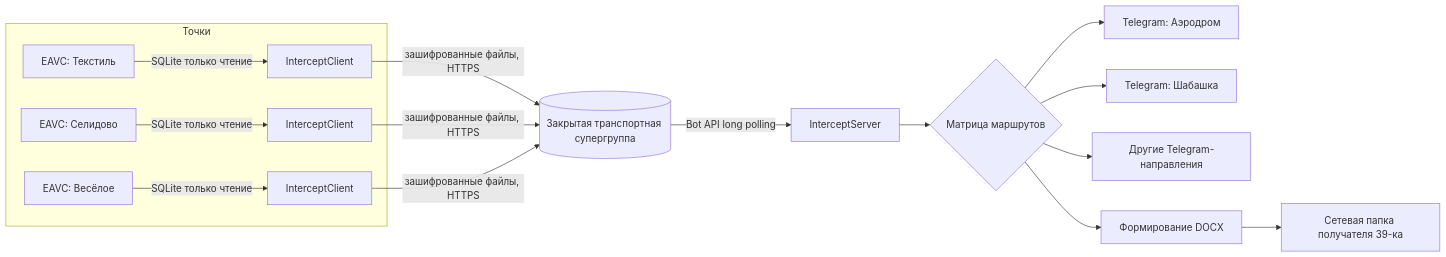
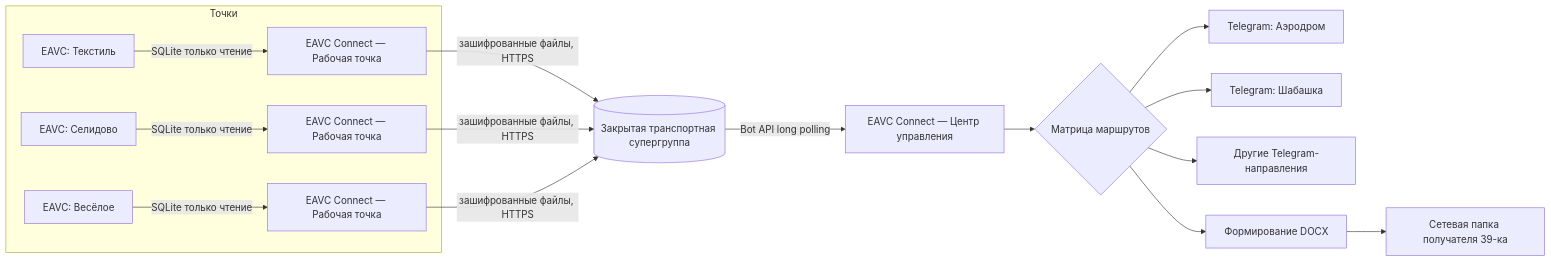
One commit to DmitryFPS/intercept-go changed the diagram in docs/02-architecture.md. Above: the diagram before and after it, drawn with Mermaid. The commit also changed other lines of this file and 24 other files, not shown here.

Commit message:
Переименовать систему в EAVC Connect и обновить интерфейс

````diff
--- a/docs/02-architecture.md
+++ b/docs/02-architecture.md
@@ -5,17 +5,17 @@
 ```mermaid
 flowchart LR
   subgraph Points[Точки]
-    E1[EAVC: Текстиль] -->|SQLite только чтение| C1[InterceptClient]
-    E2[EAVC: Селидово] -->|SQLite только чтение| C2[InterceptClient]
-    E3[EAVC: Весёлое] -->|SQLite только чтение| C3[InterceptClient]
+    E1[EAVC: Текстиль] -->|SQLite только чтение| C1[EAVC Connect — Рабочая точка]
+    E2[EAVC: Селидово] -->|SQLite только чтение| C2[EAVC Connect — Рабочая точка]
+    E3[EAVC: Весёлое] -->|SQLite только чтение| C3[EAVC Connect — Рабочая точка]
   end
 
   C1 & C2 & C3 -->|зашифрованные файлы, HTTPS| TG[(Закрытая транспортная супергруппа)]
-  TG -->|Bot API long polling| S[InterceptServer]
+  TG -->|Bot API long polling| S[EAVC Connect — Центр управления]
   S --> R{Матрица маршрутов}
   R --> A[Telegram: Аэродром]
   R --> B[Telegram: Шабашка]
   R --> X[Другие Telegram-направления]
   R --> W[Формирование DOCX]
   W --> M[Сетевая папка получателя 39-ка]
 ```
````
